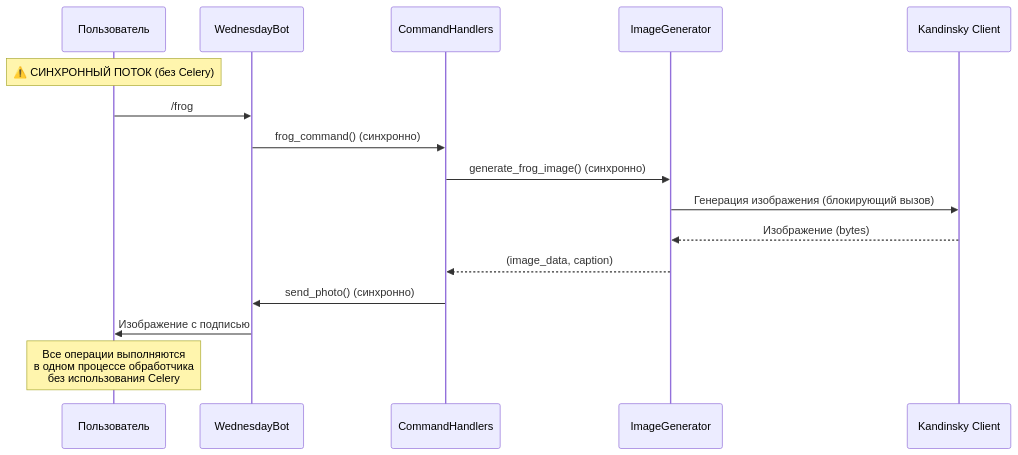
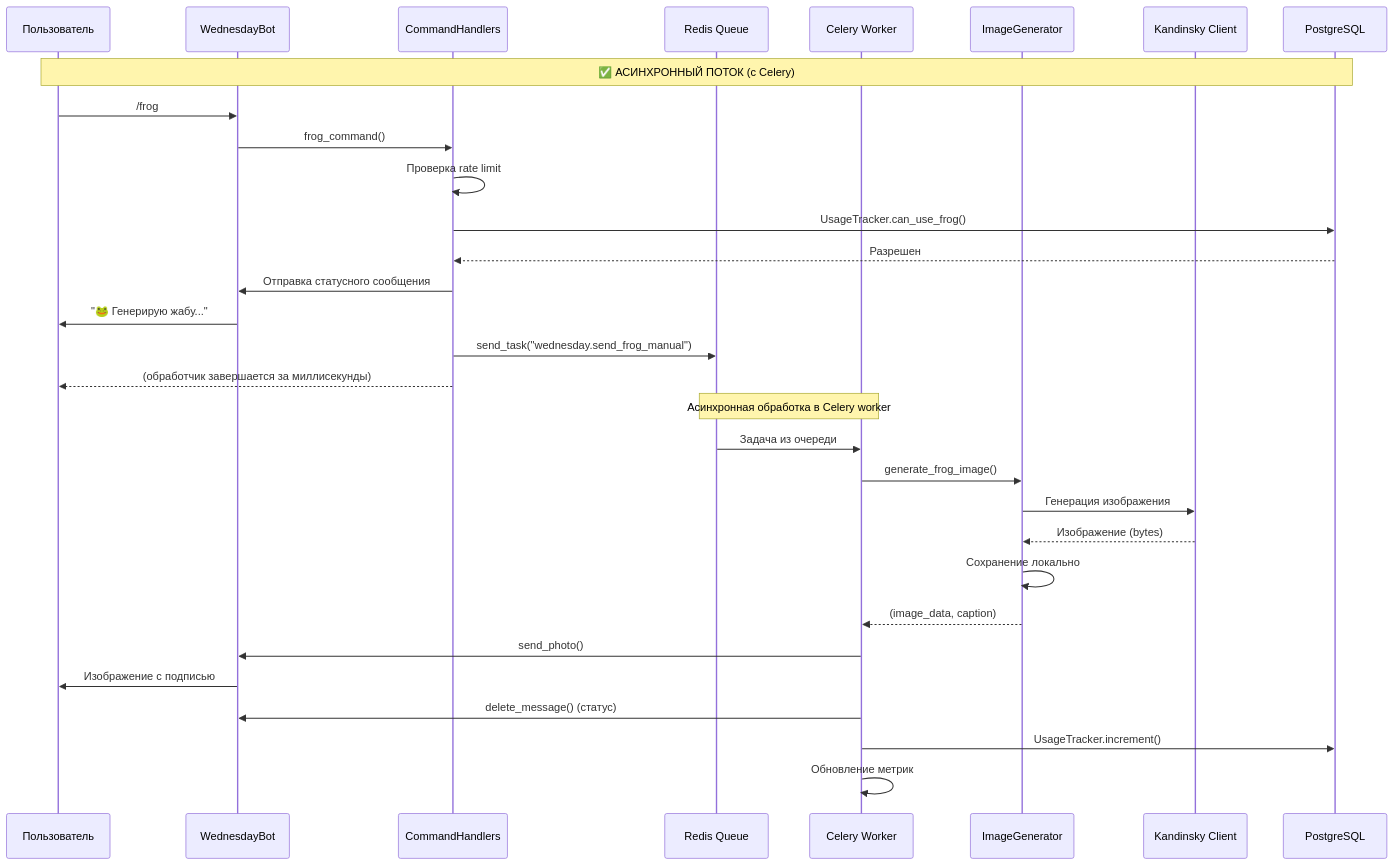
The third of 5 diagrams in docs/ARCHITECTURE.md (freemspwnz/wednesday), drawn with Mermaid before and after one commit. The commit also changed other lines of this file and 4 other files, not shown here.

First line of the commit message:
chore(docs): update documentation for /frog Celery migration

````diff
--- a/docs/ARCHITECTURE.md
+++ b/docs/ARCHITECTURE.md
@@ -355,22 +347,42 @@
 ```mermaid
 sequenceDiagram
     participant User as Пользователь
     participant Bot as WednesdayBot
     participant Handler as CommandHandlers
+    participant Queue as Redis Queue
+    participant Worker as Celery Worker
     participant IG as ImageGenerator
     participant KC as Kandinsky Client
-    participant User as Пользователь
+    participant PG as PostgreSQL
 
-    Note over User,User: ⚠️ СИНХРОННЫЙ ПОТОК (без Celery)
+    Note over User,PG: ✅ АСИНХРОННЫЙ ПОТОК (с Celery)
 
     User->>Bot: /frog
-    Bot->>Handler: frog_command() (синхронно)
-    Handler->>IG: generate_frog_image() (синхронно)
-    IG->>KC: Генерация изображения (блокирующий вызов)
+    Bot->>Handler: frog_command()
+
+    Handler->>Handler: Проверка rate limit
+    Handler->>PG: UsageTracker.can_use_frog()
+    PG-->>Handler: Разрешен
+
+    Handler->>Bot: Отправка статусного сообщения
+    Bot->>User: "🐸 Генерирую жабу..."
+
+    Handler->>Queue: send_task("wednesday.send_frog_manual")
+    Handler-->>User: (обработчик завершается за миллисекунды)
+
+    Note over Queue,Worker: Асинхронная обработка в Celery worker
+
+    Queue->>Worker: Задача из очереди
+    Worker->>IG: generate_frog_image()
+    IG->>KC: Генерация изображения
     KC-->>IG: Изображение (bytes)
-    IG-->>Handler: (image_data, caption)
-    Handler->>Bot: send_photo() (синхронно)
+    IG->>IG: Сохранение локально
+    IG-->>Worker: (image_data, caption)
+
+    Worker->>Bot: send_photo()
     Bot->>User: Изображение с подписью
+    Worker->>Bot: delete_message() (статус)
 
-    Note over User,User: Все операции выполняются<br/>в одном процессе обработчика<br/>без использования Celery
+    Worker->>PG: UsageTracker.increment()
+    Worker->>Worker: Обновление метрик
 ```
````
